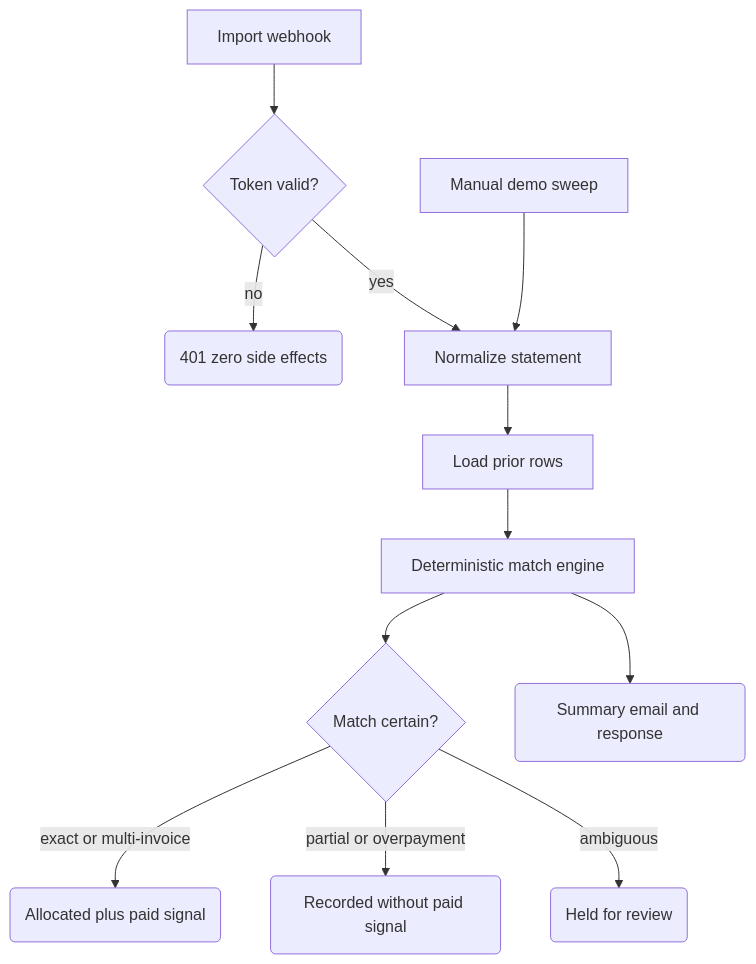
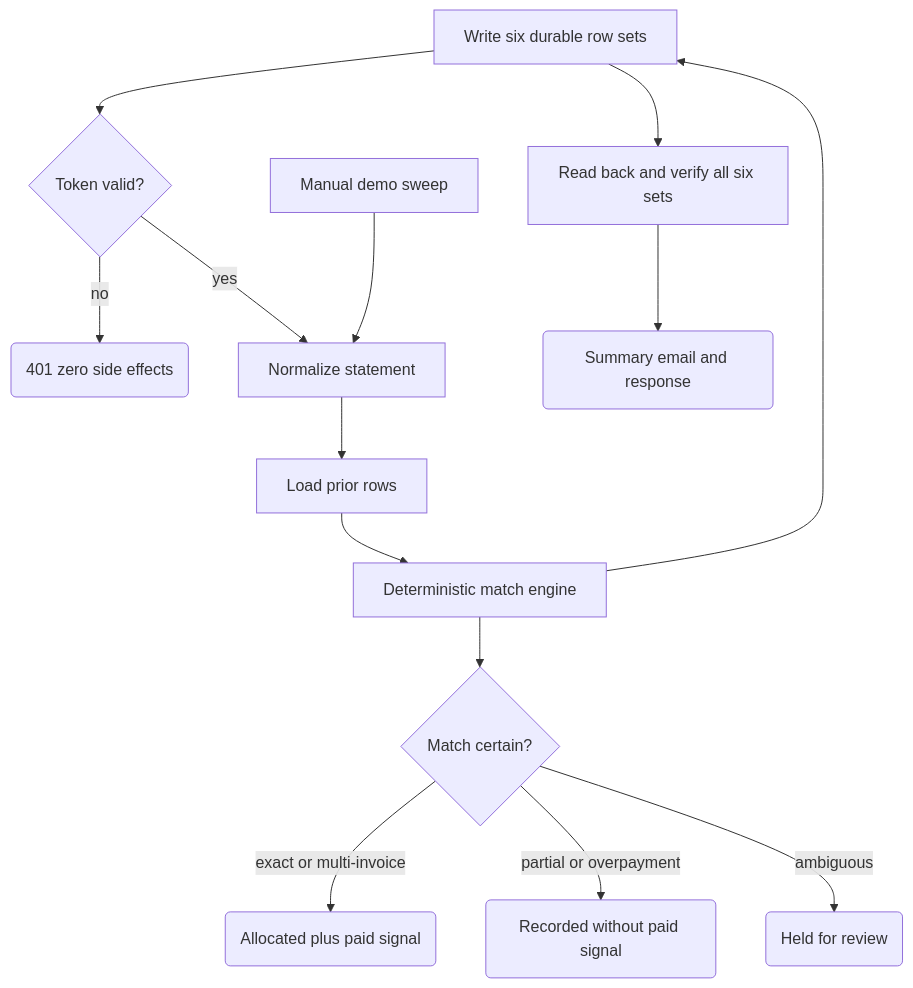
One commit to kuliberdalabs/n8n-sme-workflows changed the diagram in workflows/06-bank-reconciliation/README.md. Above: the diagram before and after it, drawn with Mermaid. The commit also changed other lines of this file and 1 other file, not shown here.

````diff
--- a/workflows/06-bank-reconciliation/README.md
+++ b/workflows/06-bank-reconciliation/README.md
@@ -16,14 +16,16 @@
 ```mermaid
 flowchart TD
   W[Import webhook] --> T{Token valid?}
   T -- no --> R401(401 zero side effects)
   T -- yes --> N[Normalize statement]
   M[Manual demo sweep] --> N
   N --> P[Load prior rows]
   P --> E[Deterministic match engine]
   E --> C{Match certain?}
   C -- "exact or multi-invoice" --> OK(Allocated plus paid signal)
   C -- "partial or overpayment" --> PT(Recorded without paid signal)
   C -- ambiguous --> RV(Held for review)
-  E --> SUM(Summary email and response)
+  E --> W[Write six durable row sets]
+  W --> RB[Read back and verify all six sets]
+  RB --> SUM(Summary email and response)
 ```
````
